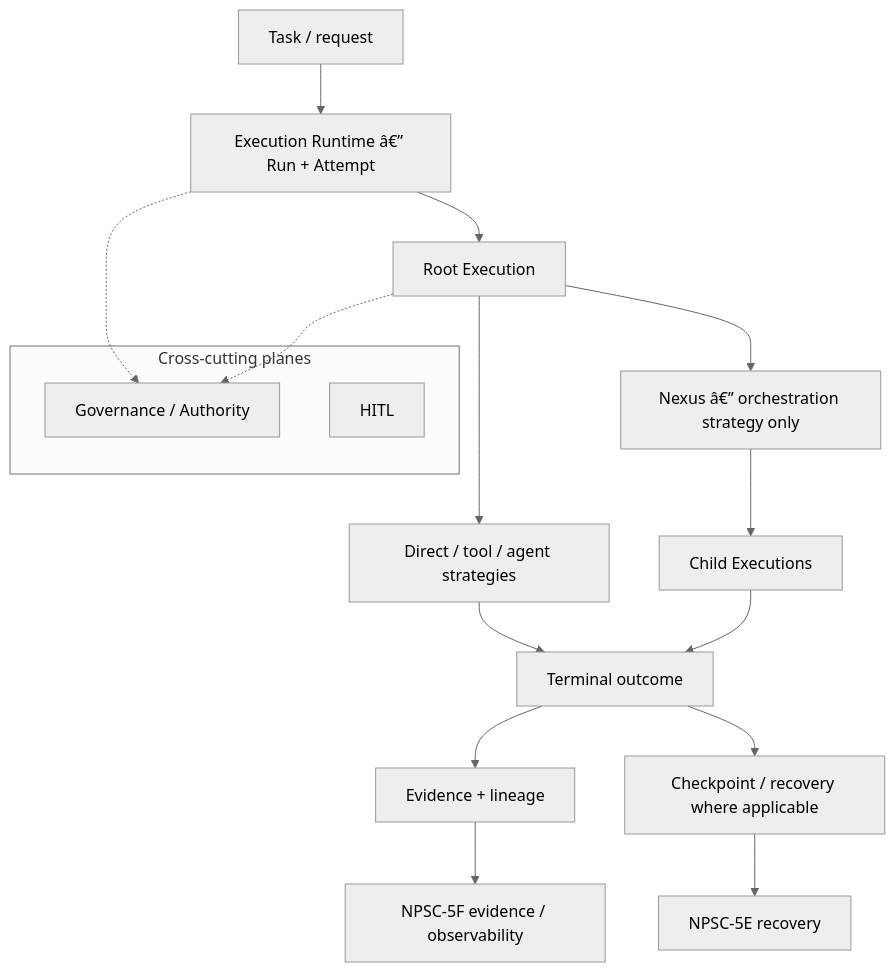
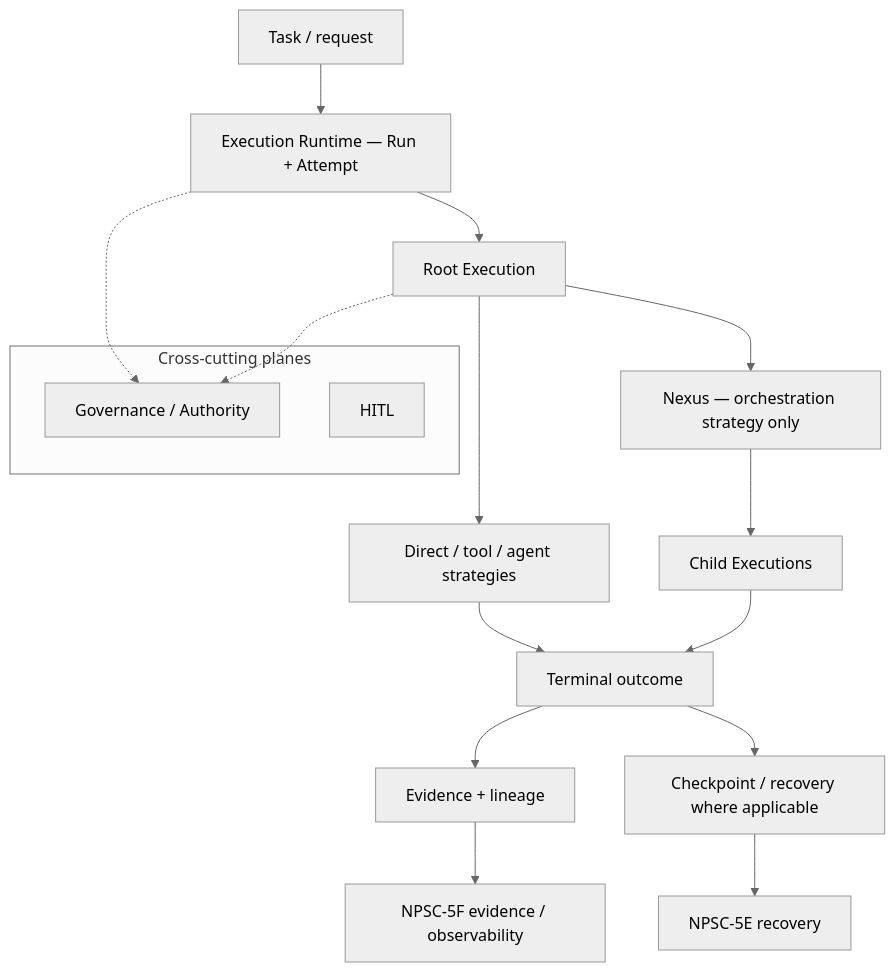
One commit to jakbuczarnecki/intergrax changed the diagram in docs/project/maintainers/architecture/EXECUTION_ENGINE.md. Above: the diagram before and after it, drawn with Mermaid (neutral theme). The commit also changed other lines of this file and 10 other files, not shown here.

First line of the commit message:
docs(architecture): repair canonical execution documentation consistency

````diff
--- a/docs/project/maintainers/architecture/EXECUTION_ENGINE.md
+++ b/docs/project/maintainers/architecture/EXECUTION_ENGINE.md
@@ -128,20 +128,20 @@
 ```mermaid
 flowchart TB
-  T[Task / request] --> RT[Execution Runtime â€” Run + Attempt]
+  T[Task / request] --> RT[Execution Runtime — Run + Attempt]
   RT --> RE[Root Execution]
   RE --> D[Direct / tool / agent strategies]
-  RE --> NX[Nexus â€” orchestration strategy only]
+  RE --> NX[Nexus — orchestration strategy only]
   NX --> CE[Child Executions]
   D --> OUT[Terminal outcome]
   CE --> OUT
   OUT --> EV[Evidence + lineage]
   OUT --> RC[Checkpoint / recovery where applicable]
   subgraph planes [Cross-cutting planes]
     GV[Governance / Authority]
     HI[HITL]
   end
   RT -.-> GV
   RE -.-> GV
   RC --> N5E[NPSC-5E recovery]
   EV --> N5F[NPSC-5F evidence / observability]
 ```
````
